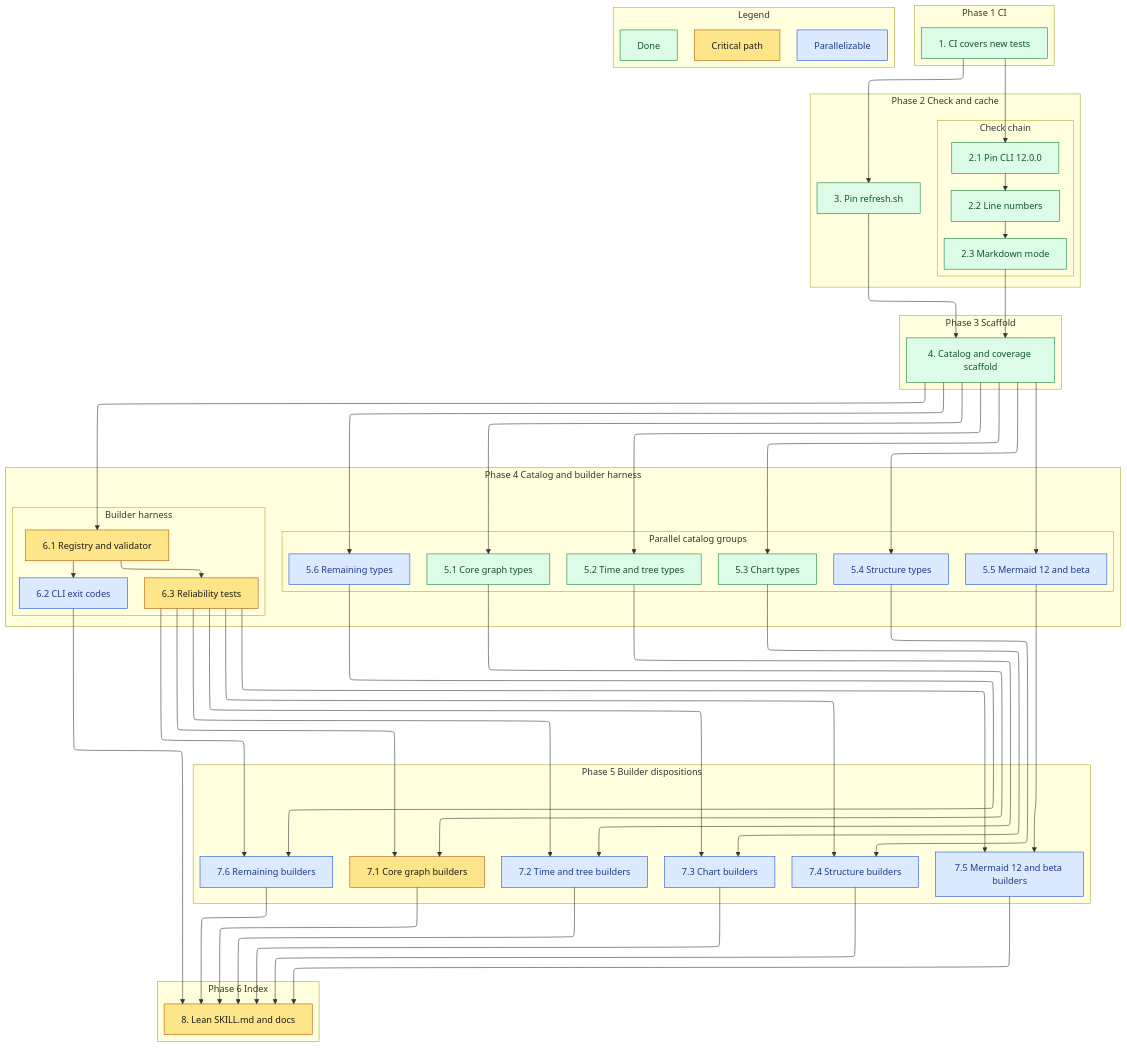
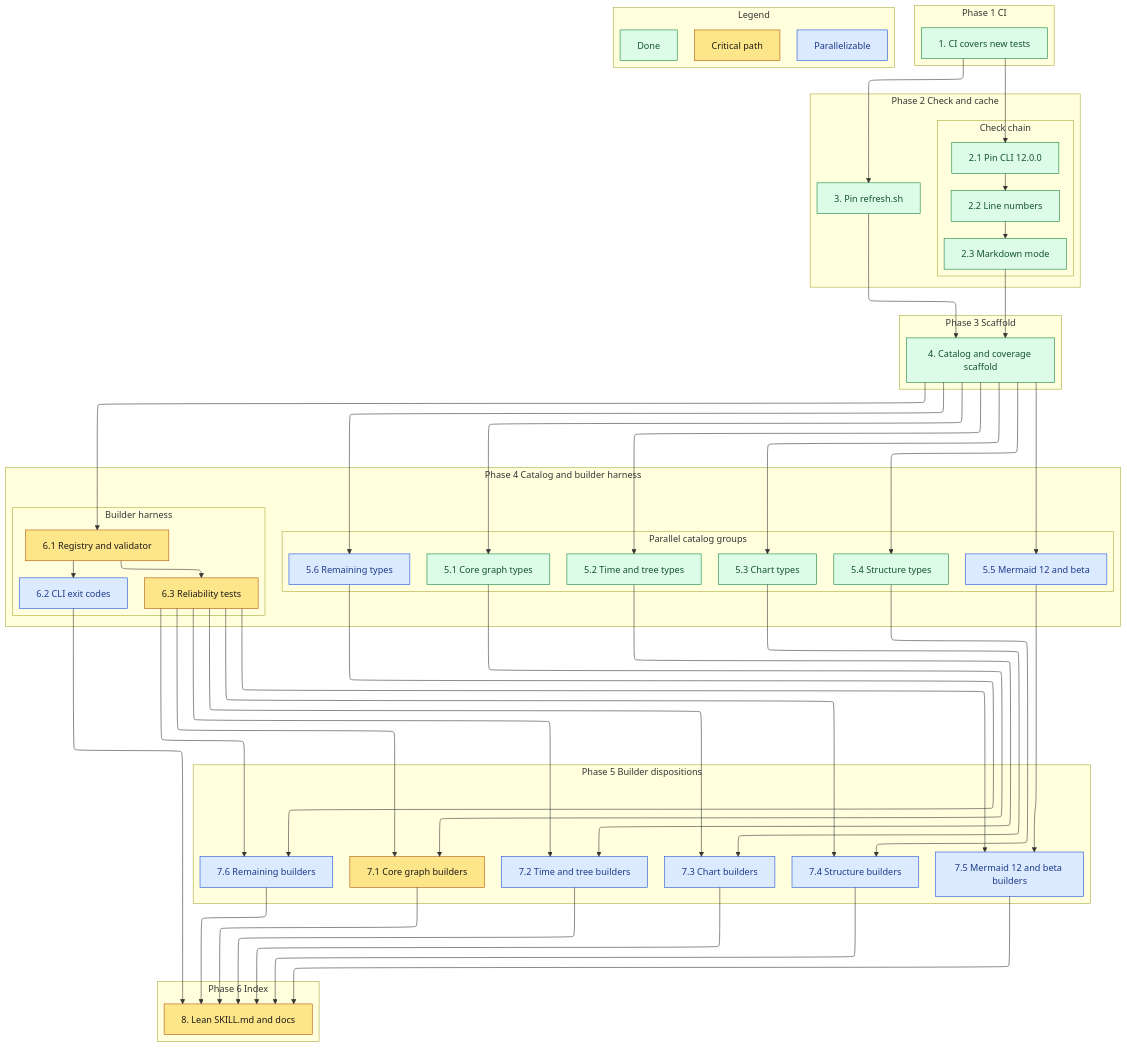
One commit to sohampatwardhan/mermaid-skill changed the diagram in .kiro/specs/mermaid-catalog/tasks.md. Above: the diagram before and after it, drawn with Mermaid. The commit also changed other lines of this file and 6 other files, not shown here.

````diff
--- a/.kiro/specs/mermaid-catalog/tasks.md
+++ b/.kiro/specs/mermaid-catalog/tasks.md
@@ -94,7 +94,7 @@
   classDef critical fill:#fde68a,stroke:#b45309,color:#1c1917
   classDef parallel fill:#dbeafe,stroke:#1d4ed8,color:#1e3a8a
   classDef done fill:#dcfce7,stroke:#15803d,color:#14532d
-  class t1,t2_1,t2_2,t2_3,t3,t4,t5_1,t5_2,t5_3,ld done
+  class t1,t2_1,t2_2,t2_3,t3,t4,t5_1,t5_2,t5_3,t5_4,ld done
   class t6_1,t6_3,t7_1,t8,lc critical
-  class t5_4,t5_5,t5_6,t6_2,t7_2,t7_3,t7_4,t7_5,t7_6,lp parallel
+  class t5_5,t5_6,t6_2,t7_2,t7_3,t7_4,t7_5,t7_6,lp parallel
 ```
````
